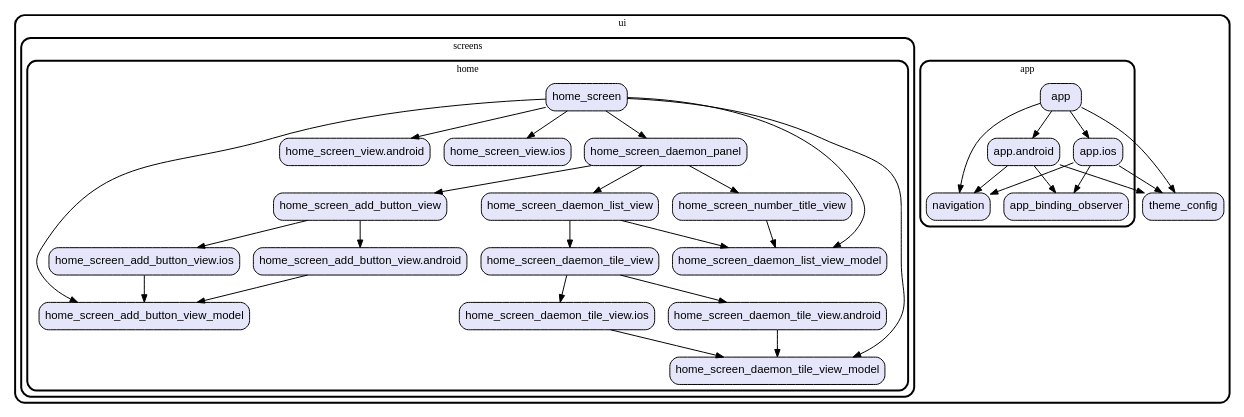
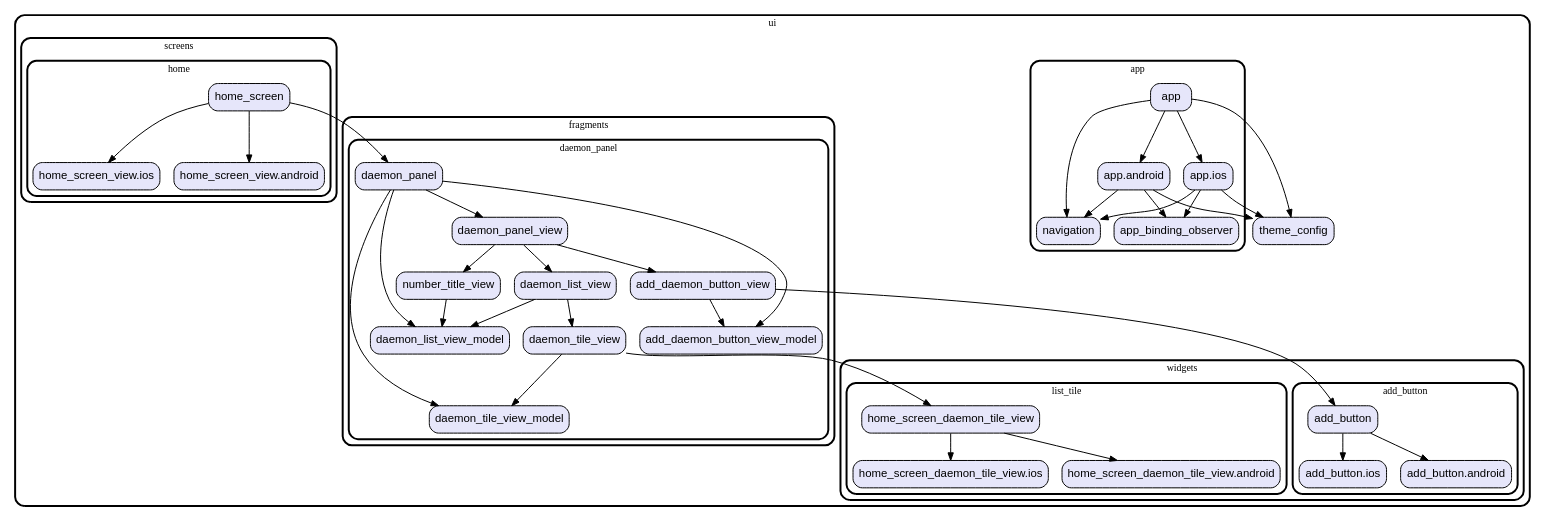
The diagram in graph/lib/ui.dot (gev/reacthome-mobile), drawn with Graphviz before and after one commit. The commit also changed 8 other files, not shown here.

Commit message:
update the dependencies graph

```diff
--- a/graph/lib/ui.dot
+++ b/graph/lib/ui.dot
@@ -1,89 +1,111 @@
 digraph "" {
   graph [style=rounded fontname="Arial Black" fontsize=13 penwidth=2.6];
   node [shape=rect style="filled,rounded" fontname=Arial fontsize=15 fillcolor=Lavender penwidth=1.3];
   edge [penwidth=1.3];
+  "/fragments/daemon_panel/daemon_tile_view.dart" [label="daemon_tile_view"];
+  "/fragments/daemon_panel/daemon_list_view.dart" [label="daemon_list_view"];
+  "/fragments/daemon_panel/daemon_panel.dart" [label="daemon_panel"];
+  "/fragments/daemon_panel/add_daemon_button_view_model.dart" [label="add_daemon_button_view_model"];
+  "/fragments/daemon_panel/daemon_tile_view_model.dart" [label="daemon_tile_view_model"];
+  "/fragments/daemon_panel/daemon_panel_view.dart" [label="daemon_panel_view"];
+  "/fragments/daemon_panel/add_daemon_button_view.dart" [label="add_daemon_button_view"];
+  "/fragments/daemon_panel/daemon_list_view_model.dart" [label="daemon_list_view_model"];
+  "/fragments/daemon_panel/number_title_view.dart" [label="number_title_view"];
   "/app/app.android.dart" [label="app.android"];
   "/app/app_binding_observer.dart" [label="app_binding_observer"];
   "/app/app.ios.dart" [label="app.ios"];
   "/app/navigation.dart" [label="navigation"];
   "/app/app.dart" [label="app"];
-  "/screens/home/home_screen_daemon_tile_view.ios.dart" [label="home_screen_daemon_tile_view.ios"];
-  "/screens/home/home_screen_number_title_view.dart" [label="home_screen_number_title_view"];
-  "/screens/home/home_screen_add_button_view.dart" [label="home_screen_add_button_view"];
-  "/screens/home/home_screen_add_button_view_model.dart" [label="home_screen_add_button_view_model"];
-  "/screens/home/home_screen_add_button_view.android.dart" [label="home_screen_add_button_view.android"];
   "/screens/home/home_screen_view.android.dart" [label="home_screen_view.android"];
   "/screens/home/home_screen_view.ios.dart" [label="home_screen_view.ios"];
-  "/screens/home/home_screen_daemon_tile_view_model.dart" [label="home_screen_daemon_tile_view_model"];
-  "/screens/home/home_screen_daemon_panel.dart" [label="home_screen_daemon_panel"];
-  "/screens/home/home_screen_daemon_list_view_model.dart" [label="home_screen_daemon_list_view_model"];
-  "/screens/home/home_screen_daemon_tile_view.android.dart" [label="home_screen_daemon_tile_view.android"];
-  "/screens/home/home_screen_daemon_list_view.dart" [label="home_screen_daemon_list_view"];
   "/screens/home/home_screen.dart" [label="home_screen"];
-  "/screens/home/home_screen_add_button_view.ios.dart" [label="home_screen_add_button_view.ios"];
-  "/screens/home/home_screen_daemon_tile_view.dart" [label="home_screen_daemon_tile_view"];
   "/theme_config.dart" [label="theme_config"];
+  "/widgets/list_tile/home_screen_daemon_tile_view.ios.dart" [label="home_screen_daemon_tile_view.ios"];
+  "/widgets/list_tile/home_screen_daemon_tile_view.android.dart" [label="home_screen_daemon_tile_view.android"];
+  "/widgets/list_tile/home_screen_daemon_tile_view.dart" [label="home_screen_daemon_tile_view"];
+  "/widgets/add_button/add_button.dart" [label="add_button"];
+  "/widgets/add_button/add_button.ios.dart" [label="add_button.ios"];
+  "/widgets/add_button/add_button.android.dart" [label="add_button.android"];
   subgraph "cluster~" {
     label="ui";
     "/theme_config.dart";
+    subgraph "cluster~/fragments" {
+      label="fragments";
+      subgraph "cluster~/fragments/daemon_panel" {
+        label="daemon_panel";
+        "/fragments/daemon_panel/daemon_tile_view.dart";
+        "/fragments/daemon_panel/daemon_list_view.dart";
+        "/fragments/daemon_panel/daemon_panel.dart";
+        "/fragments/daemon_panel/add_daemon_button_view_model.dart";
+        "/fragments/daemon_panel/daemon_tile_view_model.dart";
+        "/fragments/daemon_panel/daemon_panel_view.dart";
+        "/fragments/daemon_panel/add_daemon_button_view.dart";
+        "/fragments/daemon_panel/daemon_list_view_model.dart";
+        "/fragments/daemon_panel/number_title_view.dart";
+      }
+    }
     subgraph "cluster~/app" {
       label="app";
       "/app/app.android.dart";
       "/app/app_binding_observer.dart";
       "/app/app.ios.dart";
       "/app/navigation.dart";
       "/app/app.dart";
     }
     subgraph "cluster~/screens" {
       label="screens";
       subgraph "cluster~/screens/home" {
         label="home";
-        "/screens/home/home_screen_daemon_tile_view.ios.dart";
-        "/screens/home/home_screen_number_title_view.dart";
-        "/screens/home/home_screen_add_button_view.dart";
-        "/screens/home/home_screen_add_button_view_model.dart";
-        "/screens/home/home_screen_add_button_view.android.dart";
         "/screens/home/home_screen_view.android.dart";
         "/screens/home/home_screen_view.ios.dart";
-        "/screens/home/home_screen_daemon_tile_view_model.dart";
-        "/screens/home/home_screen_daemon_panel.dart";
-        "/screens/home/home_screen_daemon_list_view_model.dart";
-        "/screens/home/home_screen_daemon_tile_view.android.dart";
-        "/screens/home/home_screen_daemon_list_view.dart";
         "/screens/home/home_screen.dart";
-        "/screens/home/home_screen_add_button_view.ios.dart";
-        "/screens/home/home_screen_daemon_tile_view.dart";
+      }
+    }
+    subgraph "cluster~/widgets" {
+      label="widgets";
+      subgraph "cluster~/widgets/list_tile" {
+        label="list_tile";
+        "/widgets/list_tile/home_screen_daemon_tile_view.ios.dart";
+        "/widgets/list_tile/home_screen_daemon_tile_view.android.dart";
+        "/widgets/list_tile/home_screen_daemon_tile_view.dart";
+      }
+      subgraph "cluster~/widgets/add_button" {
+        label="add_button";
+        "/widgets/add_button/add_button.dart";
+        "/widgets/add_button/add_button.ios.dart";
+        "/widgets/add_button/add_button.android.dart";
       }
     }
   }
+  "/fragments/daemon_panel/daemon_tile_view.dart" -> "/fragments/daemon_panel/daemon_tile_view_model.dart";
+  "/fragments/daemon_panel/daemon_tile_view.dart" -> "/widgets/list_tile/home_screen_daemon_tile_view.dart";
+  "/fragments/daemon_panel/daemon_list_view.dart" -> "/fragments/daemon_panel/daemon_list_view_model.dart";
+  "/fragments/daemon_panel/daemon_list_view.dart" -> "/fragments/daemon_panel/daemon_tile_view.dart";
+  "/fragments/daemon_panel/daemon_panel.dart" -> "/fragments/daemon_panel/add_daemon_button_view_model.dart";
+  "/fragments/daemon_panel/daemon_panel.dart" -> "/fragments/daemon_panel/daemon_list_view_model.dart";
+  "/fragments/daemon_panel/daemon_panel.dart" -> "/fragments/daemon_panel/daemon_panel_view.dart";
+  "/fragments/daemon_panel/daemon_panel.dart" -> "/fragments/daemon_panel/daemon_tile_view_model.dart";
+  "/fragments/daemon_panel/daemon_panel_view.dart" -> "/fragments/daemon_panel/add_daemon_button_view.dart";
+  "/fragments/daemon_panel/daemon_panel_view.dart" -> "/fragments/daemon_panel/daemon_list_view.dart";
+  "/fragments/daemon_panel/daemon_panel_view.dart" -> "/fragments/daemon_panel/number_title_view.dart";
+  "/fragments/daemon_panel/add_daemon_button_view.dart" -> "/widgets/add_button/add_button.dart";
+  "/fragments/daemon_panel/add_daemon_button_view.dart" -> "/fragments/daemon_panel/add_daemon_button_view_model.dart";
+  "/fragments/daemon_panel/number_title_view.dart" -> "/fragments/daemon_panel/daemon_list_view_model.dart";
   "/app/app.android.dart" -> "/app/app_binding_observer.dart";
   "/app/app.android.dart" -> "/app/navigation.dart";
   "/app/app.android.dart" -> "/theme_config.dart";
   "/app/app.ios.dart" -> "/app/app_binding_observer.dart";
   "/app/app.ios.dart" -> "/app/navigation.dart";
   "/app/app.ios.dart" -> "/theme_config.dart";
   "/app/app.dart" -> "/app/app.android.dart";
   "/app/app.dart" -> "/app/app.ios.dart";
   "/app/app.dart" -> "/app/navigation.dart";
   "/app/app.dart" -> "/theme_config.dart";
-  "/screens/home/home_screen_daemon_tile_view.ios.dart" -> "/screens/home/home_screen_daemon_tile_view_model.dart";
-  "/screens/home/home_screen_number_title_view.dart" -> "/screens/home/home_screen_daemon_list_view_model.dart";
-  "/screens/home/home_screen_add_button_view.dart" -> "/screens/home/home_screen_add_button_view.android.dart";
-  "/screens/home/home_screen_add_button_view.dart" -> "/screens/home/home_screen_add_button_view.ios.dart";
-  "/screens/home/home_screen_add_button_view.android.dart" -> "/screens/home/home_screen_add_button_view_model.dart";
-  "/screens/home/home_screen_daemon_panel.dart" -> "/screens/home/home_screen_add_button_view.dart";
-  "/screens/home/home_screen_daemon_panel.dart" -> "/screens/home/home_screen_daemon_list_view.dart";
-  "/screens/home/home_screen_daemon_panel.dart" -> "/screens/home/home_screen_number_title_view.dart";
-  "/screens/home/home_screen_daemon_tile_view.android.dart" -> "/screens/home/home_screen_daemon_tile_view_model.dart";
-  "/screens/home/home_screen_daemon_list_view.dart" -> "/screens/home/home_screen_daemon_list_view_model.dart";
-  "/screens/home/home_screen_daemon_list_view.dart" -> "/screens/home/home_screen_daemon_tile_view.dart";
-  "/screens/home/home_screen.dart" -> "/screens/home/home_screen_add_button_view_model.dart";
-  "/screens/home/home_screen.dart" -> "/screens/home/home_screen_daemon_list_view_model.dart";
-  "/screens/home/home_screen.dart" -> "/screens/home/home_screen_daemon_panel.dart";
-  "/screens/home/home_screen.dart" -> "/screens/home/home_screen_daemon_tile_view_model.dart";
   "/screens/home/home_screen.dart" -> "/screens/home/home_screen_view.android.dart";
   "/screens/home/home_screen.dart" -> "/screens/home/home_screen_view.ios.dart";
-  "/screens/home/home_screen_add_button_view.ios.dart" -> "/screens/home/home_screen_add_button_view_model.dart";
-  "/screens/home/home_screen_daemon_tile_view.dart" -> "/screens/home/home_screen_daemon_tile_view.android.dart";
-  "/screens/home/home_screen_daemon_tile_view.dart" -> "/screens/home/home_screen_daemon_tile_view.ios.dart";
+  "/screens/home/home_screen.dart" -> "/fragments/daemon_panel/daemon_panel.dart";
+  "/widgets/list_tile/home_screen_daemon_tile_view.dart" -> "/widgets/list_tile/home_screen_daemon_tile_view.android.dart";
+  "/widgets/list_tile/home_screen_daemon_tile_view.dart" -> "/widgets/list_tile/home_screen_daemon_tile_view.ios.dart";
+  "/widgets/add_button/add_button.dart" -> "/widgets/add_button/add_button.android.dart";
+  "/widgets/add_button/add_button.dart" -> "/widgets/add_button/add_button.ios.dart";
 }
```
